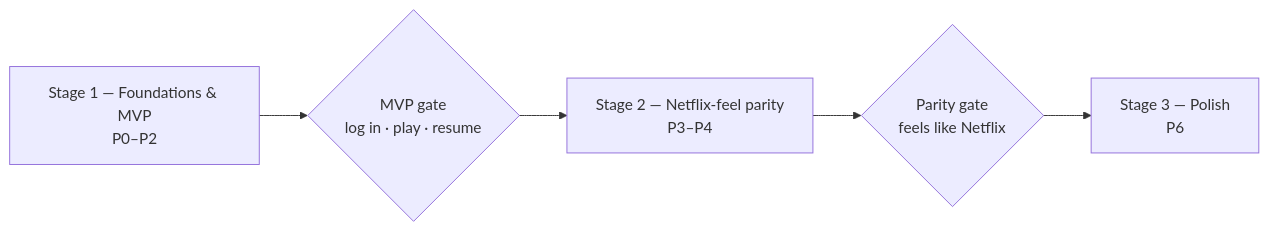
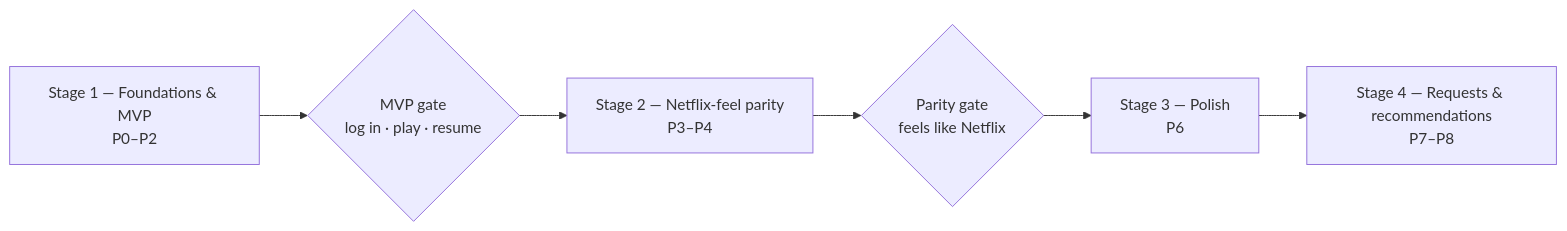
The first of 2 diagrams in docs/ROADMAP.md (VibeyFin/VibeyFin), drawn with Mermaid before and after one commit. The commit also changed other lines of this file and 186 other files, not shown here.

````diff
--- a/docs/ROADMAP.md
+++ b/docs/ROADMAP.md
@@ -33,6 +40,6 @@
 ```mermaid
 flowchart LR
   A["Stage 1 — Foundations & MVP<br/>P0–P2"] --> G1{"MVP gate<br/>log in · play · resume"}
   G1 --> B["Stage 2 — Netflix-feel parity<br/>P3–P4"] --> G2{"Parity gate<br/>feels like Netflix"}
-  G2 --> C["Stage 3 — Polish<br/>P6"]
+  G2 --> C["Stage 3 — Polish<br/>P6"] --> D["Stage 4 — Requests & recommendations<br/>P7–P8"]
 ```
````
